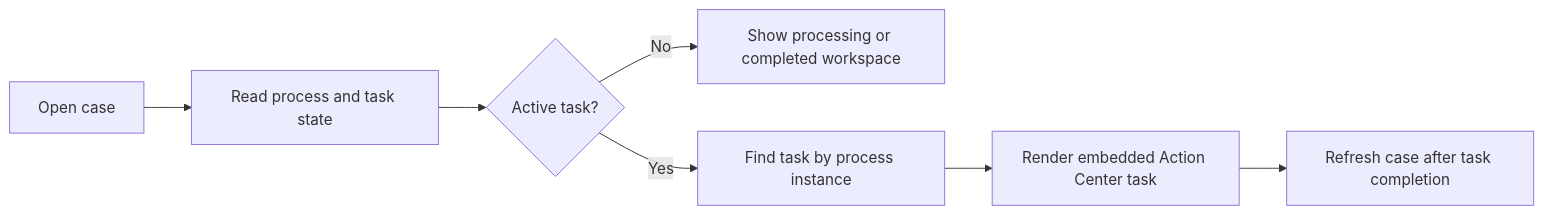
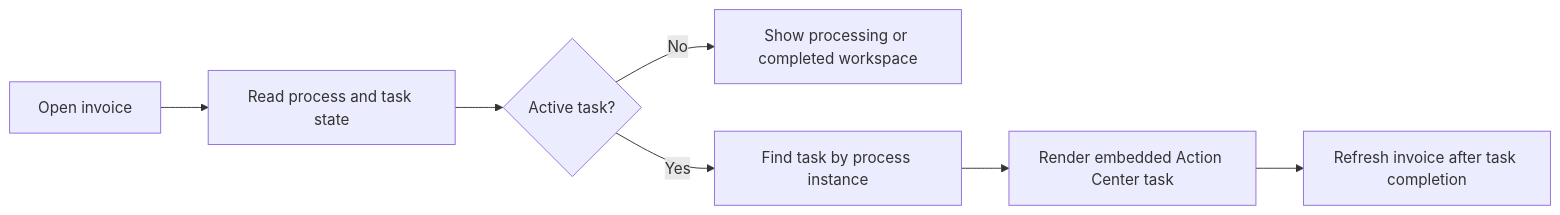
One commit to jrumpza-uip/healthcare-invoice-assurance changed the second of 2 diagrams in docs/superpowers/specs-joe/invoice-assurance-main-app-sdd.md. Above: the diagram before and after it, drawn with Mermaid. The commit also changed other lines of this file and 77 other files, not shown here.

````diff
--- a/docs/superpowers/specs-joe/invoice-assurance-main-app-sdd.md
+++ b/docs/superpowers/specs-joe/invoice-assurance-main-app-sdd.md
@@ -199,9 +292,9 @@
 ```mermaid
 flowchart LR
-    Open["Open case"] --> Inspect["Read process and task state"]
+    Open["Open invoice"] --> Inspect["Read process and task state"]
     Inspect --> Active{"Active task?"}
     Active -->|No| Summary["Show processing or completed workspace"]
     Active -->|Yes| Correlate["Find task by process instance"]
     Correlate --> Embed["Render embedded Action Center task"]
-    Embed --> Refresh["Refresh case after task completion"]
+    Embed --> Refresh["Refresh invoice after task completion"]
 ```
````
